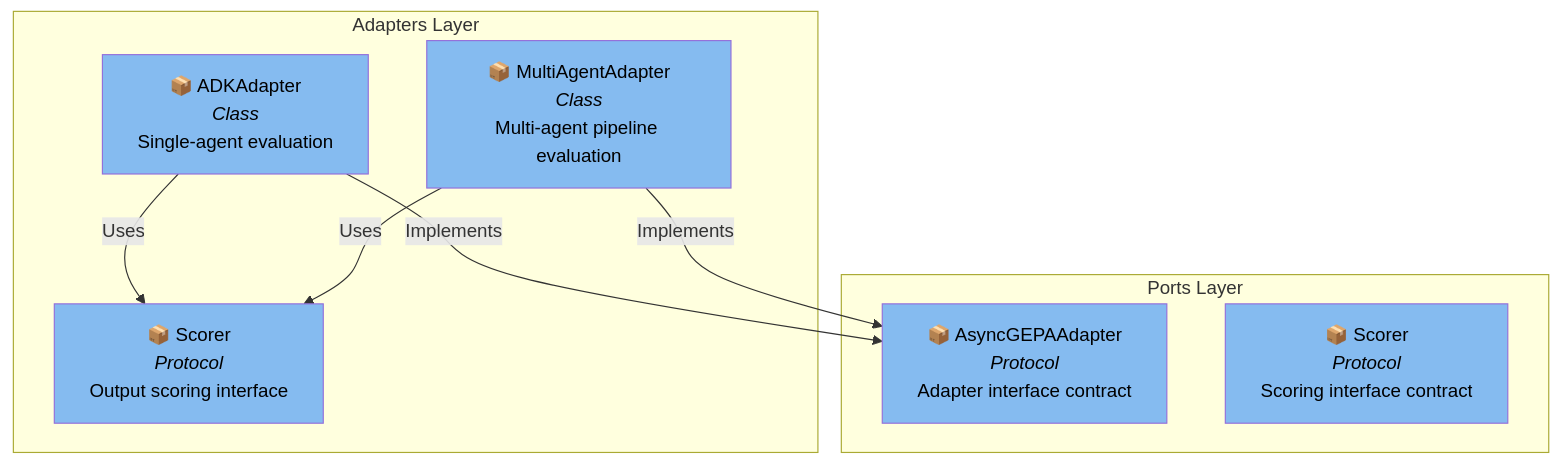
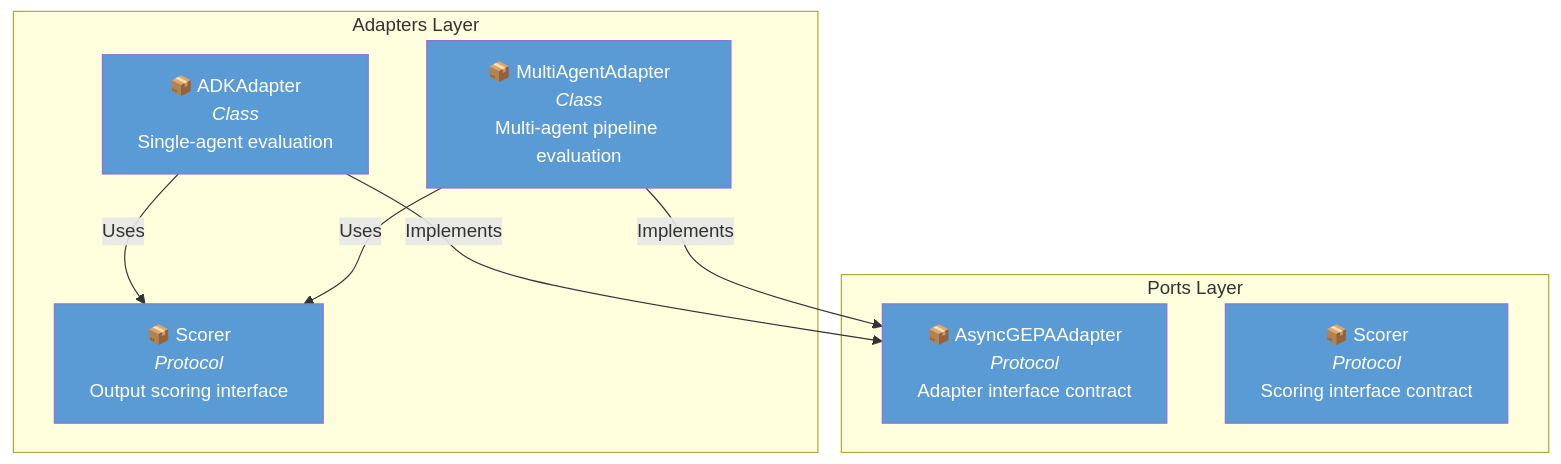
Before and after one commit to Alberto-Codes/gepa-adk: the third of 11 diagrams in .specify/templates/architecture-template.md, drawn with Mermaid. The commit also changed other lines of this file, not shown here.

Commit message:
feat(spec): update color styles in architecture diagrams for improved theme compatibility

````diff
--- a/.specify/templates/architecture-template.md
+++ b/.specify/templates/architecture-template.md
@@ -117,24 +117,24 @@
 ```mermaid
 flowchart TB
     subgraph adapters["Adapters Layer"]
         adk_adapter["📦 ADKAdapter<br/><i>Class</i><br/>Single-agent evaluation"]
         multi_adapter["📦 MultiAgentAdapter<br/><i>Class</i><br/>Multi-agent pipeline evaluation"]
         scorer["📦 Scorer<br/><i>Protocol</i><br/>Output scoring interface"]
     end
 
     subgraph ports["Ports Layer"]
         gepa_protocol["📦 AsyncGEPAAdapter<br/><i>Protocol</i><br/>Adapter interface contract"]
         scorer_protocol["📦 Scorer<br/><i>Protocol</i><br/>Scoring interface contract"]
     end
 
     adk_adapter -->|"Implements"| gepa_protocol
     multi_adapter -->|"Implements"| gepa_protocol
     adk_adapter -->|"Uses"| scorer
     multi_adapter -->|"Uses"| scorer
 
-    style adk_adapter fill:#85BBF0,color:#000
-    style multi_adapter fill:#85BBF0,color:#000
-    style scorer fill:#85BBF0,color:#000
-    style gepa_protocol fill:#85BBF0,color:#000
-    style scorer_protocol fill:#85BBF0,color:#000
+    style adk_adapter fill:#5B9BD5,color:#fff
+    style multi_adapter fill:#5B9BD5,color:#fff
+    style scorer fill:#5B9BD5,color:#fff
+    style gepa_protocol fill:#5B9BD5,color:#fff
+    style scorer_protocol fill:#5B9BD5,color:#fff
 ```
````
